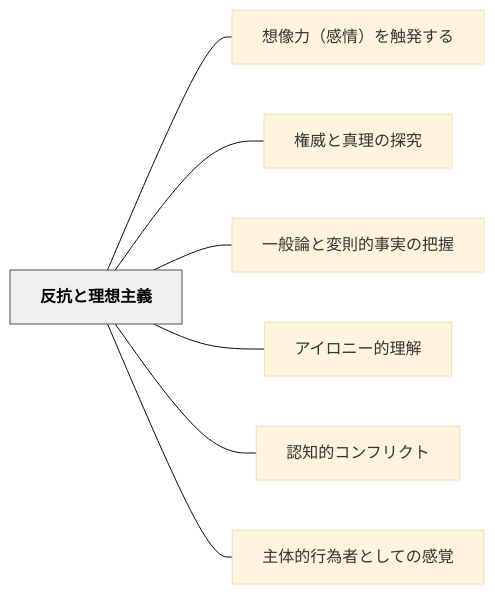
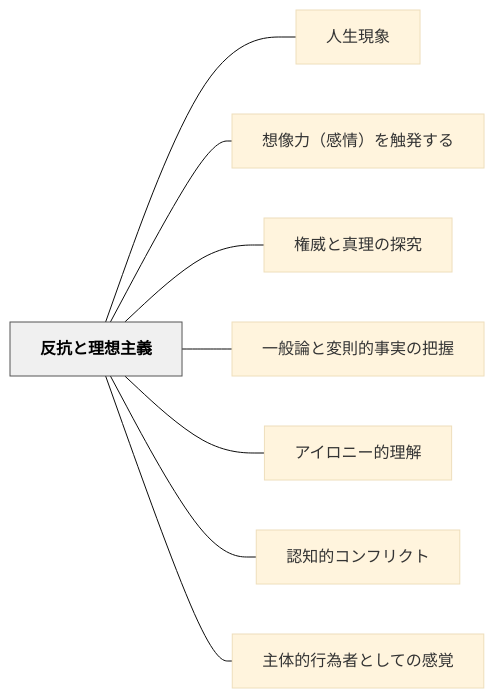
One commit to unknownthings-ed-patterns/unknownthings-ed-patterns changed the diagram in content/パタン/反抗と理想主義.md. Above: the diagram before and after it, drawn with Mermaid (base theme). The commit also changed other lines of this file and 473 other files, not shown here.

````diff
--- a/content/パタン/反抗と理想主義.md
+++ b/content/パタン/反抗と理想主義.md
@@ -49,20 +50,22 @@
 ```mermaid
 flowchart LR
     ne58f8de68a97["反抗と理想主義"]
+    ne4babae7949f["人生現象"]
     ne683b3e5838f["想像力（感情）を触発する"]
     ne6a8a9e5a881["権威と真理の探究"]
     ne4b880e888ac["一般論と変則的事実の把握"]
     ne382a2e382a4["アイロニー的理解"]
     ne8aa8de79fa5["認知的コンフリクト"]
     ne4b8bbe4bd93["主体的行為者としての感覚"]
 
+    ne58f8de68a97 --- ne4babae7949f
     ne58f8de68a97 --- ne683b3e5838f
     ne58f8de68a97 --- ne6a8a9e5a881
     ne58f8de68a97 --- ne4b880e888ac
     ne58f8de68a97 --- ne382a2e382a4
     ne58f8de68a97 --- ne8aa8de79fa5
     ne58f8de68a97 --- ne4b8bbe4bd93
 
     classDef hub fill:#f0f0f0,stroke:#555,color:#000,font-weight:bold
     class ne58f8de68a97 hub
 ```
````
